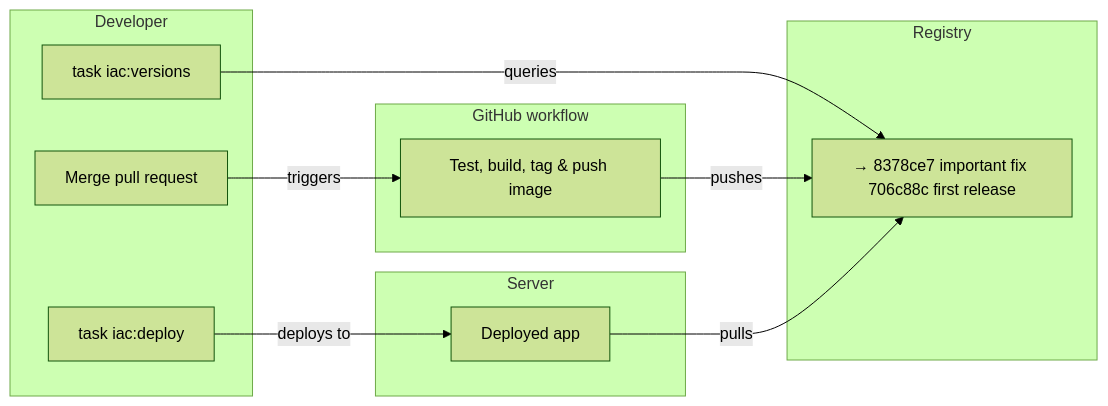
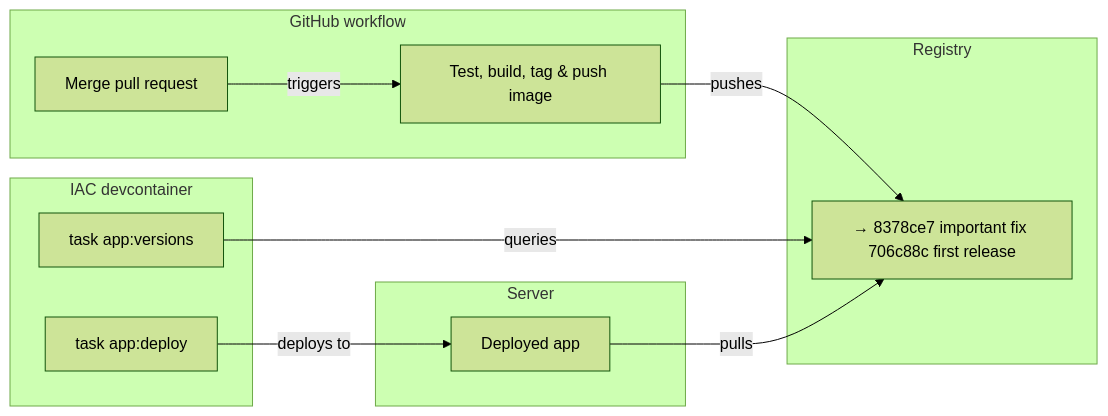
Before and after one commit to rednaw/iac: the diagram in docs/application-deployment.md, drawn with Mermaid (forest theme). The commit also changed other lines of this file and 29 other files, not shown here.

````diff
--- a/docs/application-deployment.md
+++ b/docs/application-deployment.md
@@ -11,26 +11,26 @@
 ```mermaid
 flowchart LR
-    subgraph LOCAL["Developer"]
-        A["Merge pull request"]
-        B["task iac:versions"]
-        C["task iac:deploy"]
+    subgraph LOCAL["IAC devcontainer"]
+        B["task app:versions"]
+        C["task app:deploy"]
     end
 
     subgraph GITHUB["GitHub workflow"]
+        A["Merge pull request"]
         D["Test, build, tag & push image"]
     end
 
     subgraph REGISTRY["Registry"]
       E["→ 8378ce7 important fix 706c88c first release"]
     end
 
     subgraph SERVER["Server"]
       F["Deployed app"]
     end
 
     A -->|triggers| D
     B -->|queries| E
     C -->|deploys to| F
     D -->|pushes| E
     F -->|pulls| E
 ```
````
